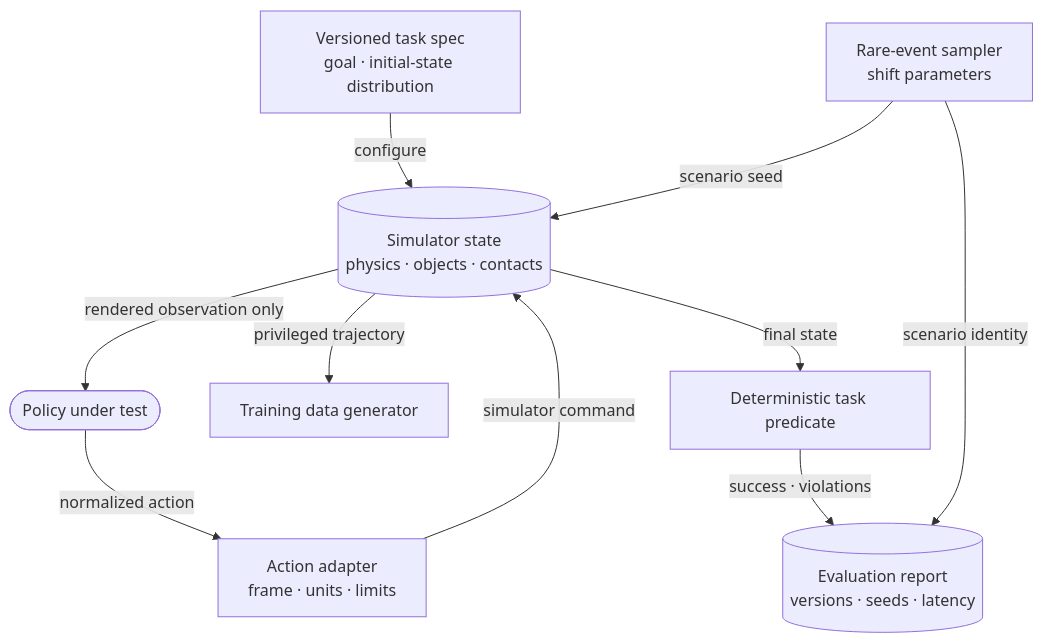
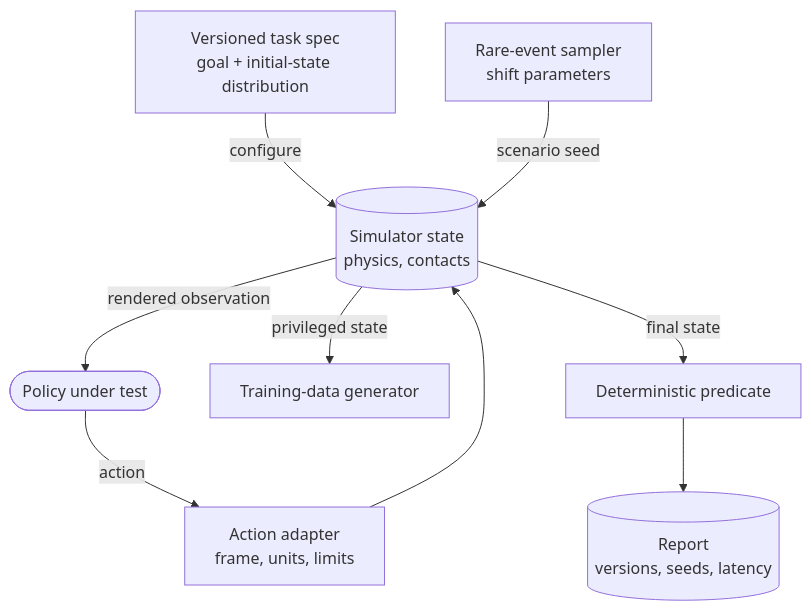
The second of 3 diagrams in chapters/31-world-models-vla-embodied.qmd (omkarsarde/agentic-engineering), drawn with Mermaid before and after one commit. The commit also changed other lines of this file and 2 other files, not shown here.

````diff
--- a/chapters/31-world-models-vla-embodied.qmd
+++ b/chapters/31-world-models-vla-embodied.qmd
@@ -343,15 +891,15 @@
 ```{mermaid}
+%%| echo: false
 %%| label: fig-ch31-simulator
-%%| fig-cap: "Where does ground truth live in a simulator-backed data and evaluation system? The policy sees observations; generators and graders read privileged state through separate interfaces."
-%%| fig-alt: "A versioned task specification and scenario distribution configure a simulator. Its privileged state feeds a trajectory generator, a final-state grader, and a rare-event sampler. A sensor renderer alone feeds the policy, whose actions return through an action adapter. Reports combine grader results with scenario and version identifiers."
+%%| fig-cap: "Where does ground truth live in a simulator-backed system? The policy sees only rendered observations; a rare-event sampler shapes initial states, and generators and graders read privileged state through separate interfaces the policy cannot reach."
+%%| fig-alt: "A versioned task spec and a rare-event sampler configure simulator state. The simulator renders observations to the policy under test, which returns actions through an adapter. Privileged state feeds a data generator and a deterministic grader, whose results plus versions form an evaluation report."
 flowchart TB
-    SPEC["Versioned task spec<br/>goal · initial-state distribution"] -->|configure| SIM[("Simulator state<br/>physics · objects · contacts")]
+    SPEC["Versioned task spec<br/>goal + initial-state distribution"] -->|configure| SIM[("Simulator state<br/>physics, contacts")]
     RARE["Rare-event sampler<br/>shift parameters"] -->|scenario seed| SIM
-    SIM -->|rendered observation only| POLICY(["Policy under test"])
-    POLICY -->|normalized action| ADAPTER["Action adapter<br/>frame · units · limits"]
-    ADAPTER -->|simulator command| SIM
-    SIM -->|privileged trajectory| DATA["Training data generator"]
-    SIM -->|final state| GRADER["Deterministic task predicate"]
-    GRADER -->|success · violations| REPORT[("Evaluation report<br/>versions · seeds · latency")]
-    RARE -->|scenario identity| REPORT
+    SIM -->|rendered observation| POLICY(["Policy under test"])
+    POLICY -->|action| ADAPTER["Action adapter<br/>frame, units, limits"]
+    ADAPTER --> SIM
+    SIM -->|privileged state| DATA["Training-data generator"]
+    SIM -->|final state| GRADER["Deterministic predicate"]
+    GRADER --> REPORT[("Report<br/>versions, seeds, latency")]
 ```
````
